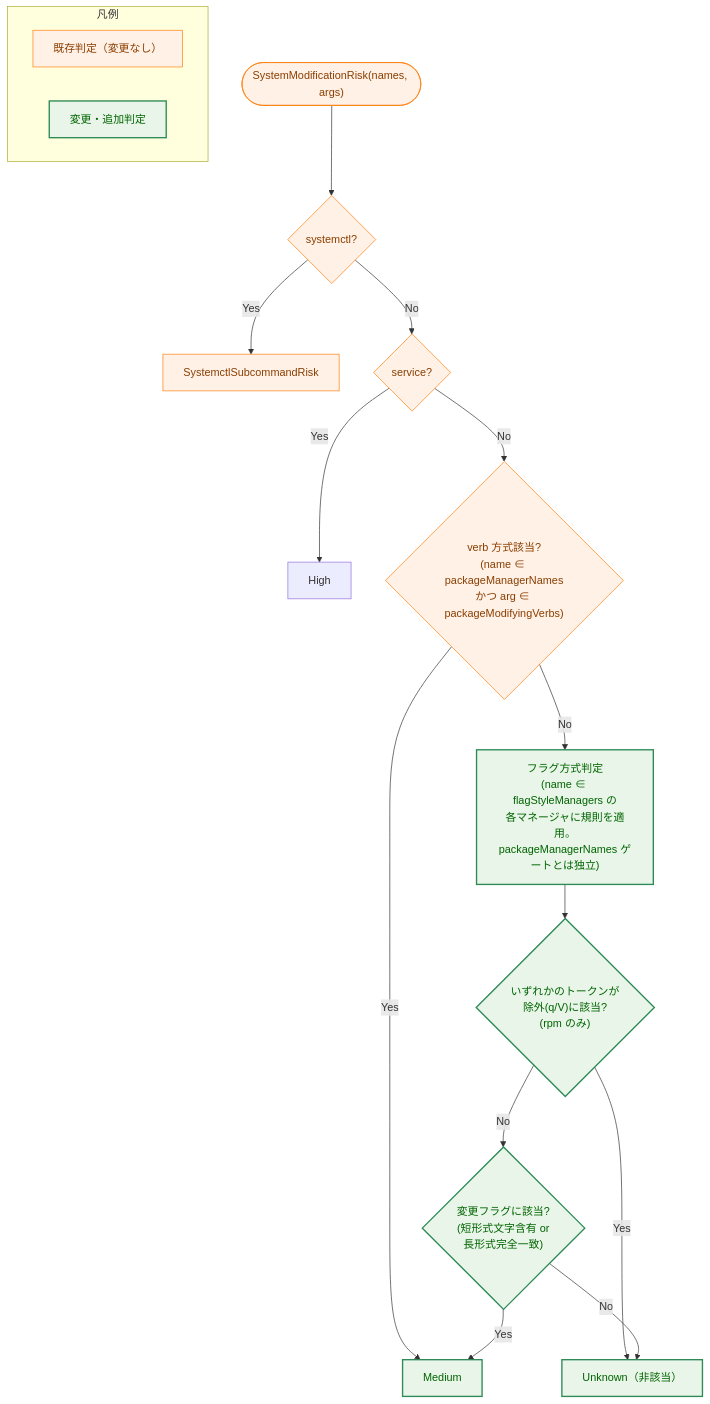
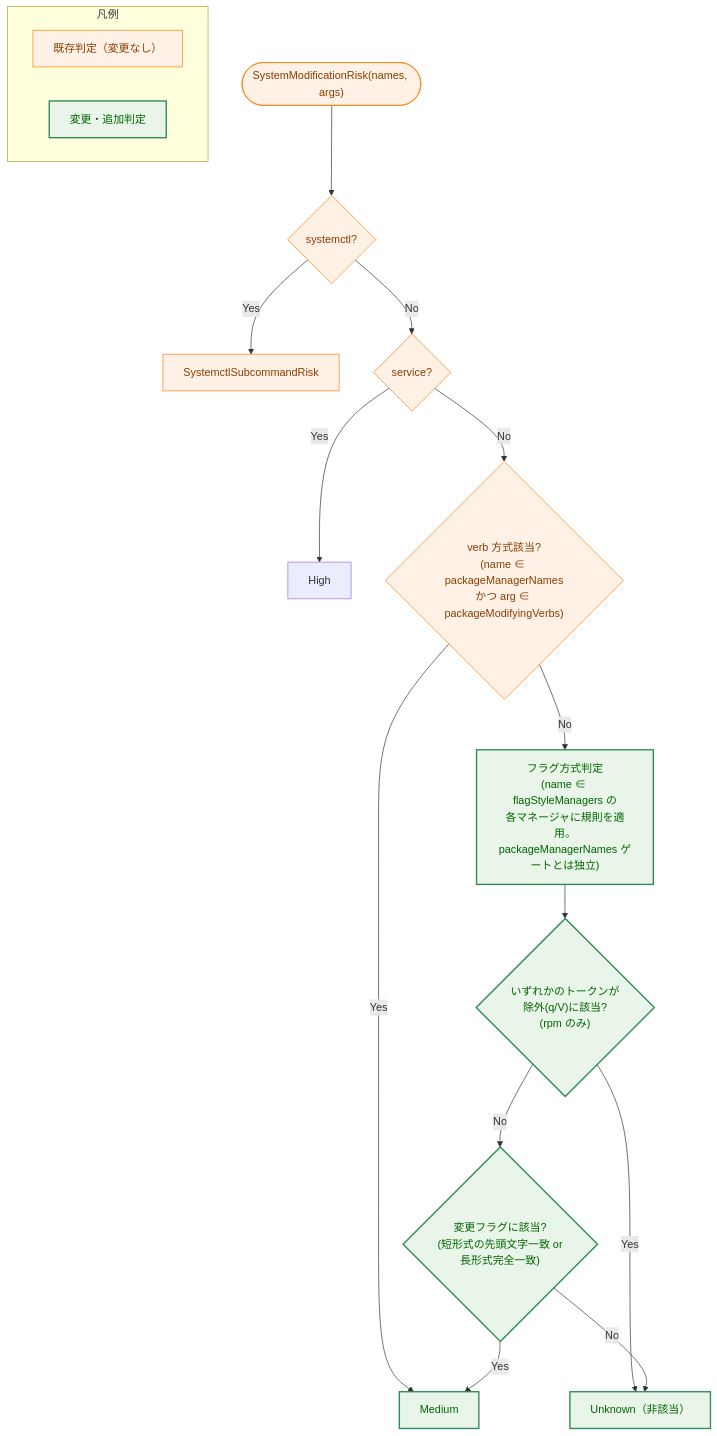
The fifth of 5 diagrams in docs/tasks/0137_package_manager_modification_detection/02_architecture.md (isseis/go-safe-cmd-runner), drawn with Mermaid before and after one commit. The commit also changed other lines of this file and 1 other file, not shown here.

````diff
--- a/docs/tasks/0137_package_manager_modification_detection/02_architecture.md
+++ b/docs/tasks/0137_package_manager_modification_detection/02_architecture.md
@@ -398,29 +409,29 @@
 ```mermaid
 flowchart TD
     classDef process fill:#fff1e6,stroke:#ff7f0e,stroke-width:1px,color:#8a3e00;
     classDef enhanced fill:#e8f5e8,stroke:#2e8b57,stroke-width:2px,color:#006400;
 
     S(["SystemModificationRisk(names, args)"]) --> SC{"systemctl?"}
     SC -->|"Yes"| SCR["SystemctlSubcommandRisk"]
     SC -->|"No"| SV{"service?"}
     SV -->|"Yes"| HIGH["High"]
     SV -->|"No"| VERB{"verb 方式該当?<br>(name ∈ packageManagerNames<br>かつ arg ∈ packageModifyingVerbs)"}
     VERB -->|"Yes"| MED["Medium"]
     VERB -->|"No"| FLAGLOOP["フラグ方式判定<br>(name ∈ flagStyleManagers の<br>各マネージャに規則を適用。<br>packageManagerNames ゲートとは独立)"]
     FLAGLOOP --> EXC{"いずれかのトークンが<br>除外(q/V)に該当?<br>(rpm のみ)"}
     EXC -->|"Yes"| UNK["Unknown（非該当）"]
-    EXC -->|"No"| MOD{"変更フラグに該当?<br>(短形式文字含有 or<br>長形式完全一致)"}
+    EXC -->|"No"| MOD{"変更フラグに該当?<br>(短形式の先頭文字一致 or<br>長形式完全一致)"}
     MOD -->|"Yes"| MED
     MOD -->|"No"| UNK
 
     class S,SCR,SV,SC,VERB process
     class FLAGLOOP,EXC,MOD,MED,UNK enhanced
 
     %% Legend
     subgraph Legend["凡例"]
         LP["既存判定（変更なし）"]
         LE["変更・追加判定"]
     end
     class LP process
     class LE enhanced
 ```
````
